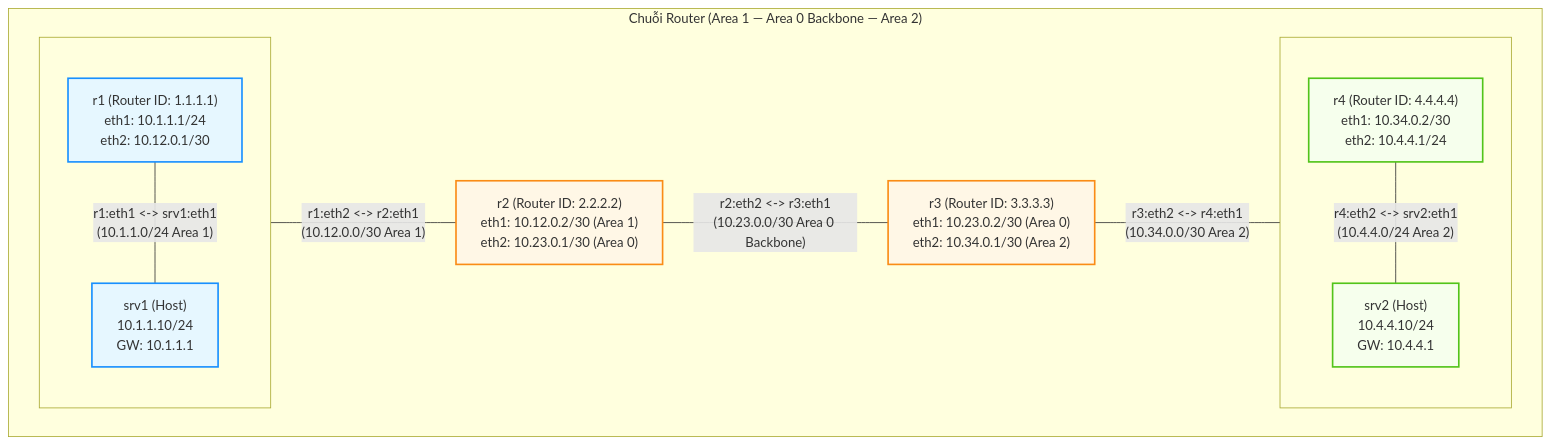
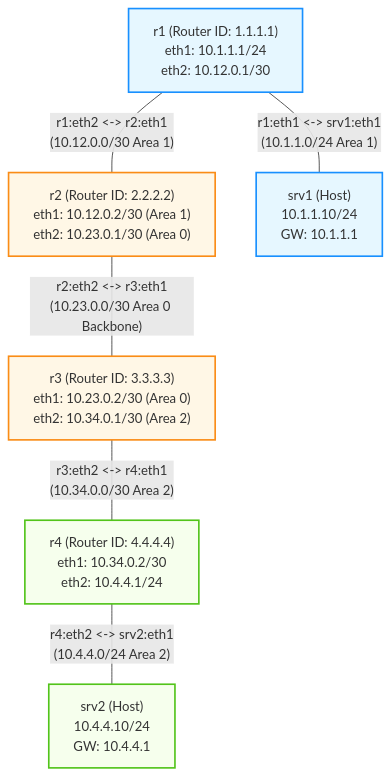
The diagram in bai-tap-ve-nha/18-troubleshooting-chaos-lab/lab-guide.md (thangphan205/containerlab-demo), drawn with Mermaid before and after one commit. The commit also changed 1 other file, not shown here.

Commit message:
docs: update instructions in OSPF multi-area and troubleshooting chaos lab guides

````diff
--- a/bai-tap-ve-nha/18-troubleshooting-chaos-lab/lab-guide.md
+++ b/bai-tap-ve-nha/18-troubleshooting-chaos-lab/lab-guide.md
@@ -24,47 +24,38 @@
 ```mermaid
-graph LR
+graph TB
     classDef area1 fill:#e6f7ff,stroke:#1890ff,stroke-width:2px;
     classDef area0 fill:#fff7e6,stroke:#fa8c16,stroke-width:2px;
     classDef area2 fill:#f6ffed,stroke:#52c41a,stroke-width:2px;
 
-    subgraph core ["Chuỗi Router (Area 1 — Area 0 Backbone — Area 2)"]
-        direction LR
-        subgraph col1 [" "]
-            direction TB
-            r1["`r1 (Router ID: 1.1.1.1)
+    r1["`r1 (Router ID: 1.1.1.1)
 eth1: 10.1.1.1/24
 eth2: 10.12.0.1/30`"]:::area1
-            srv1["`srv1 (Host)
+    r2["`r2 (Router ID: 2.2.2.2)
+eth1: 10.12.0.2/30 (Area 1)
+eth2: 10.23.0.1/30 (Area 0)`"]:::area0
+    r3["`r3 (Router ID: 3.3.3.3)
+eth1: 10.23.0.2/30 (Area 0)
+eth2: 10.34.0.1/30 (Area 2)`"]:::area0
+    r4["`r4 (Router ID: 4.4.4.4)
+eth1: 10.34.0.2/30
+eth2: 10.4.4.1/24`"]:::area2
+
+    srv1["`srv1 (Host)
 10.1.1.10/24
 GW: 10.1.1.1`"]:::area1
-        end
-
-        r2["`r2 (Router ID: 2.2.2.2)
-eth1: 10.12.0.2/30 (Area 1)
-eth2: 10.23.0.1/30 (Area 0)`"]:::area0
-        r3["`r3 (Router ID: 3.3.3.3)
-eth1: 10.23.0.2/30 (Area 0)
-eth2: 10.34.0.1/30 (Area 2)`"]:::area0
-
-        subgraph col4 [" "]
-            direction TB
-            r4["`r4 (Router ID: 4.4.4.4)
-eth1: 10.34.0.2/30
-eth2: 10.4.4.1/24`"]:::area2
-            srv2["`srv2 (Host)
+    srv2["`srv2 (Host)
 10.4.4.10/24
 GW: 10.4.4.1`"]:::area2
-        end
 
-        r1 -- "`r1:eth2 <-> r2:eth1
+    r1 -- "`r1:eth2 <-> r2:eth1
 (10.12.0.0/30 Area 1)`" --- r2
-        r2 -- "`r2:eth2 <-> r3:eth1
+    r2 -- "`r2:eth2 <-> r3:eth1
 (10.23.0.0/30 Area 0 Backbone)`" --- r3
-        r3 -- "`r3:eth2 <-> r4:eth1
+    r3 -- "`r3:eth2 <-> r4:eth1
 (10.34.0.0/30 Area 2)`" --- r4
-        r1 -- "`r1:eth1 <-> srv1:eth1
+
+    r1 -- "`r1:eth1 <-> srv1:eth1
 (10.1.1.0/24 Area 1)`" --- srv1
-        r4 -- "`r4:eth2 <-> srv2:eth1
+    r4 -- "`r4:eth2 <-> srv2:eth1
 (10.4.4.0/24 Area 2)`" --- srv2
-    end
 ```
````
